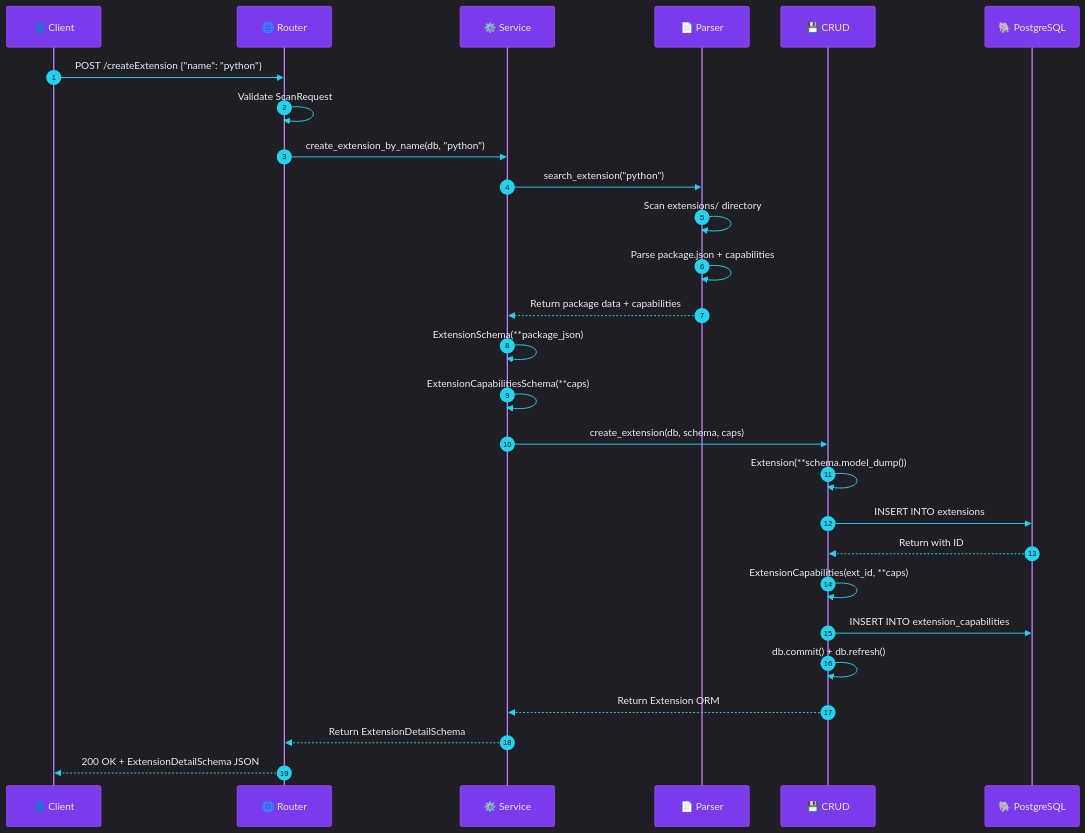
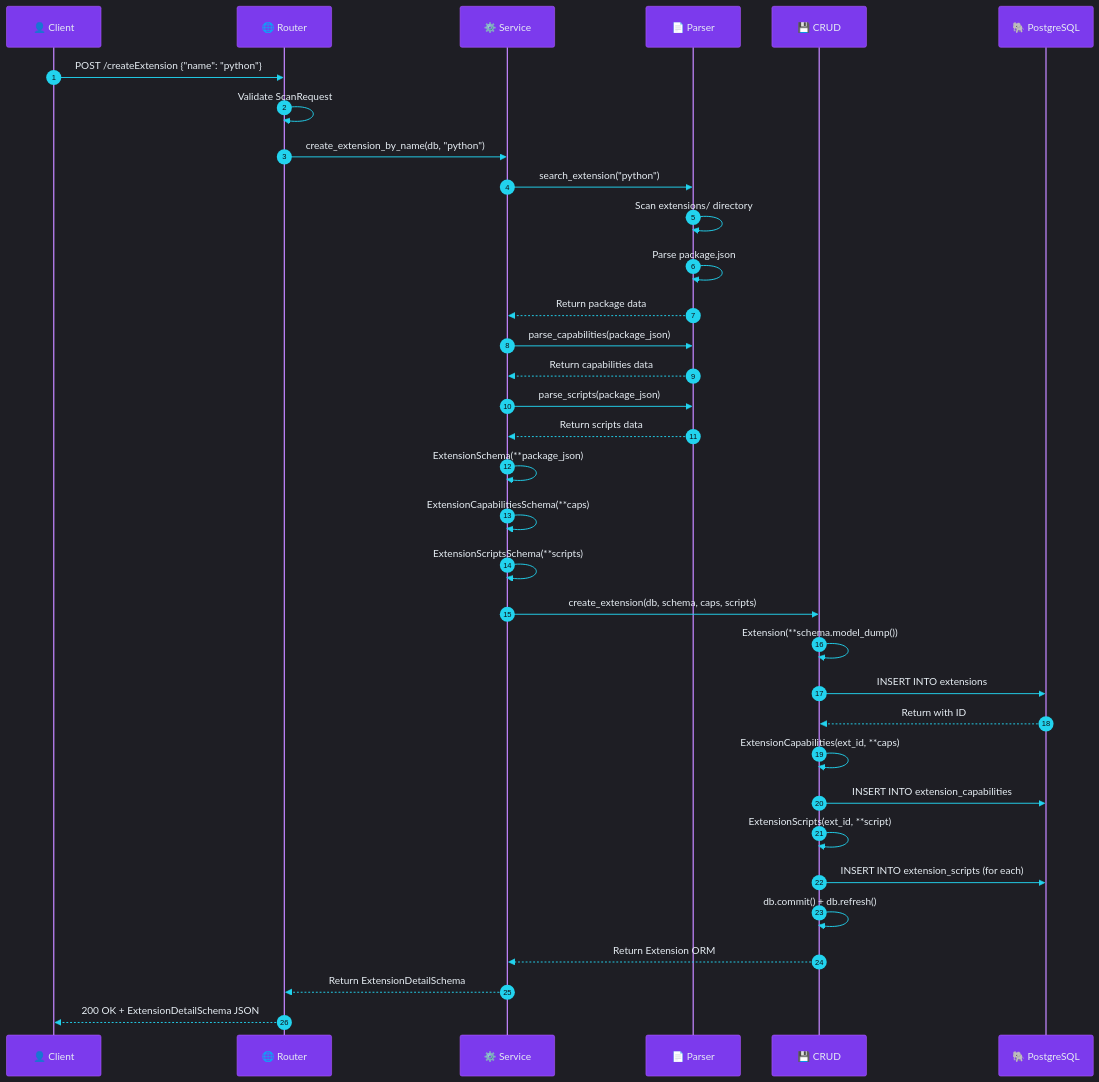
One commit to Ekremunalytu/automation_enviroment changed the fifth of 14 diagrams in documents/ARCHITECTURE.md. Above: the diagram before and after it, drawn with Mermaid. The commit also changed other lines of this file and 7 other files, not shown here.

````diff
--- a/documents/ARCHITECTURE.md
+++ b/documents/ARCHITECTURE.md
@@ -300,35 +300,43 @@
 ```mermaid
 %%{init: {'theme': 'dark', 'themeVariables': { 'background': '#0d1117', 'primaryColor': '#a855f7', 'primaryTextColor': '#e6edf3', 'actorTextColor': '#e6edf3', 'actorBkg': '#7c3aed', 'actorBorder': '#a855f7', 'actorLineColor': '#c084fc', 'signalColor': '#22d3ee', 'signalTextColor': '#e6edf3', 'sequenceNumberColor': '#0d1117', 'noteBkgColor': '#be185d', 'noteTextColor': '#e6edf3', 'noteBorderColor': '#ec4899', 'activationBkgColor': '#4f46e5', 'activationBorderColor': '#818cf8', 'labelBoxBkgColor': '#161b22'}}}%%
 sequenceDiagram
     autonumber
     participant C as 👤 Client
     participant R as 🌐 Router
     participant S as ⚙️ Service
     participant P as 📄 Parser
     participant CR as 💾 CRUD
     participant DB as 🐘 PostgreSQL
 
     C->>R: POST /createExtension {"name": "python"}
     R->>R: Validate ScanRequest
     R->>S: create_extension_by_name(db, "python")
 
     S->>P: search_extension("python")
     P->>P: Scan extensions/ directory
-    P->>P: Parse package.json + capabilities
-    P-->>S: Return package data + capabilities
+    P->>P: Parse package.json
+    P-->>S: Return package data
+
+    S->>P: parse_capabilities(package_json)
+    P-->>S: Return capabilities data
+    S->>P: parse_scripts(package_json)
+    P-->>S: Return scripts data
 
     S->>S: ExtensionSchema(**package_json)
     S->>S: ExtensionCapabilitiesSchema(**caps)
-    S->>CR: create_extension(db, schema, caps)
+    S->>S: ExtensionScriptsSchema(**scripts)
+    S->>CR: create_extension(db, schema, caps, scripts)
 
     CR->>CR: Extension(**schema.model_dump())
     CR->>DB: INSERT INTO extensions
     DB-->>CR: Return with ID
     CR->>CR: ExtensionCapabilities(ext_id, **caps)
     CR->>DB: INSERT INTO extension_capabilities
+    CR->>CR: ExtensionScripts(ext_id, **script)
+    CR->>DB: INSERT INTO extension_scripts (for each)
     CR->>CR: db.commit() + db.refresh()
     CR-->>S: Return Extension ORM
 
     S-->>R: Return ExtensionDetailSchema
     R-->>C: 200 OK + ExtensionDetailSchema JSON
 ```
````
